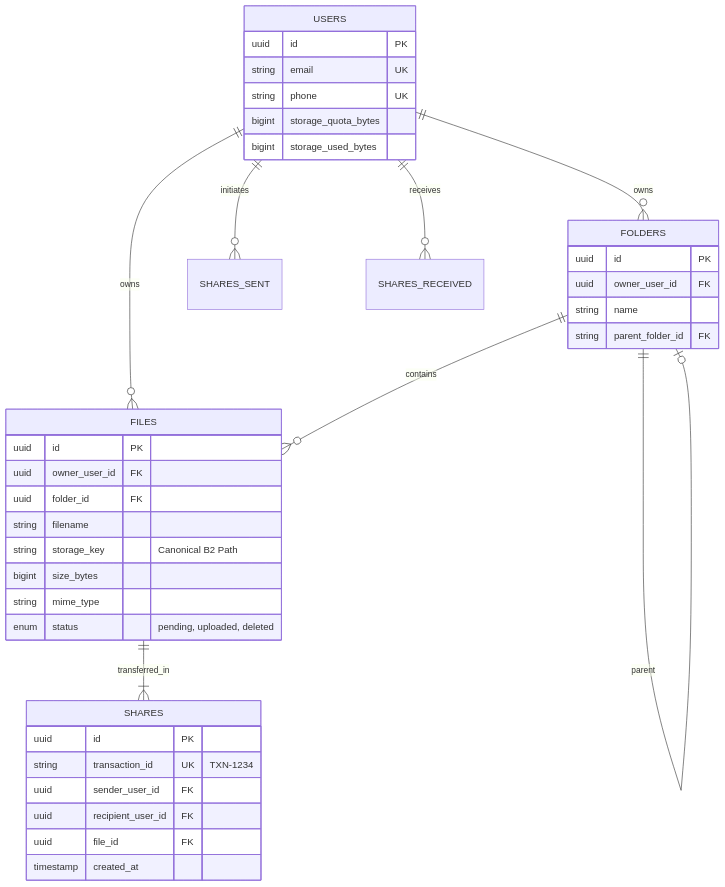
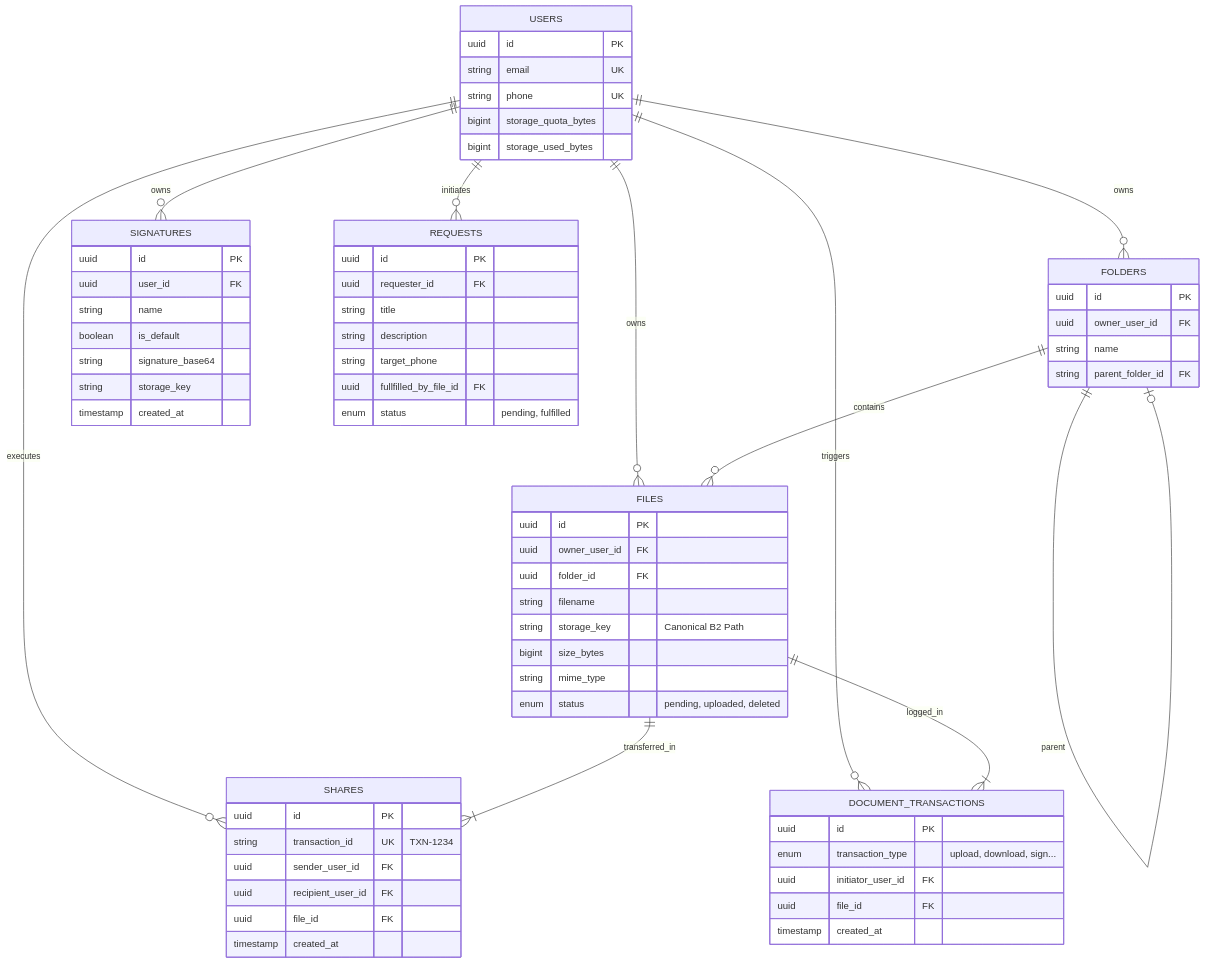
The second of 2 diagrams in README.md (abhishekbabushettydev/file-docs), drawn with Mermaid before and after one commit. The commit also changed other lines of this file, not shown here.

````diff
--- a/README.md
+++ b/README.md
@@ -96,47 +96,78 @@
 ```mermaid
 erDiagram
     USERS ||--o{ FILES : owns
     USERS ||--o{ FOLDERS : owns
-    USERS ||--o{ SHARES_SENT : initiates
-    USERS ||--o{ SHARES_RECEIVED : receives
+    USERS ||--o{ SHARES : executes
+    USERS ||--o{ SIGNATURES : owns
+    USERS ||--o{ REQUESTS : initiates
+    USERS ||--o{ DOCUMENT_TRANSACTIONS : triggers
     
     FOLDERS ||--o{ FILES : contains
     FOLDERS ||--o| FOLDERS : parent
     
     FILES ||--|{ SHARES : transferred_in
+    FILES ||--|{ DOCUMENT_TRANSACTIONS : logged_in
     
     USERS {
         uuid id PK
         string email UK
         string phone UK
         bigint storage_quota_bytes
         bigint storage_used_bytes
+    }
+    
+    SIGNATURES {
+        uuid id PK
+        uuid user_id FK
+        string name
+        boolean is_default
+        string signature_base64
+        string storage_key
+        timestamp created_at
     }
     
     FILES {
         uuid id PK
         uuid owner_user_id FK
         uuid folder_id FK
         string filename
         string storage_key "Canonical B2 Path"
         bigint size_bytes
         string mime_type
         enum status "pending, uploaded, deleted"
     }
     
     SHARES {
         uuid id PK
         string transaction_id UK "TXN-1234"
         uuid sender_user_id FK
         uuid recipient_user_id FK
         uuid file_id FK
         timestamp created_at
     }
     
     FOLDERS {
         uuid id PK
         uuid owner_user_id FK
         string name
         string parent_folder_id FK
     }
+
+    REQUESTS {
+        uuid id PK
+        uuid requester_id FK
+        string title
+        string description
+        string target_phone
+        uuid fullfilled_by_file_id FK
+        enum status "pending, fulfilled"
+    }
+
+    DOCUMENT_TRANSACTIONS {
+        uuid id PK
+        enum transaction_type "upload, download, sign..."
+        uuid initiator_user_id FK
+        uuid file_id FK
+        timestamp created_at
+    }
 ```
````
